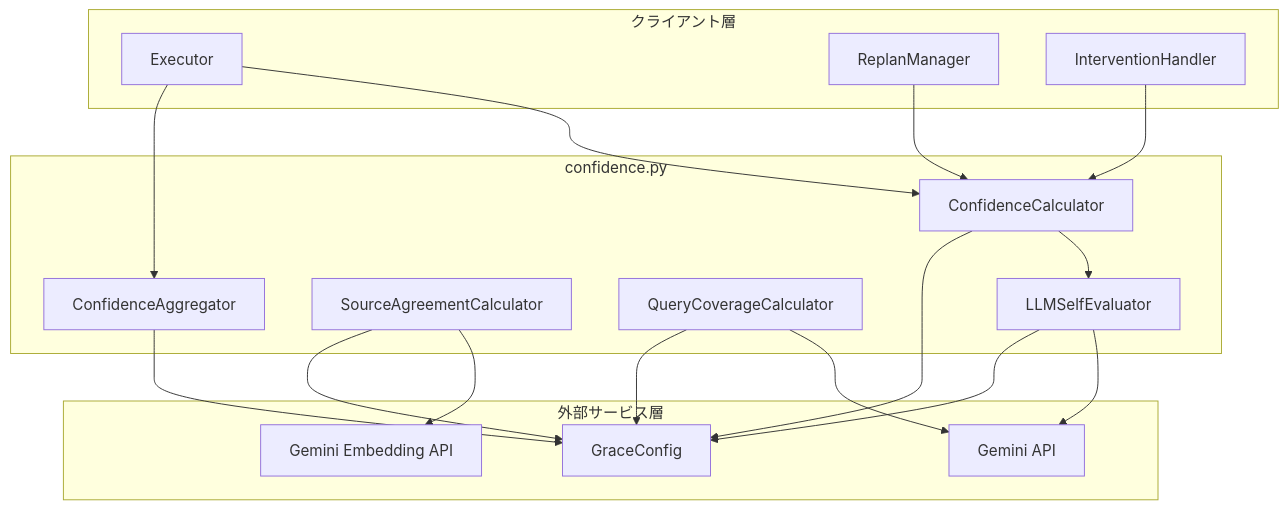
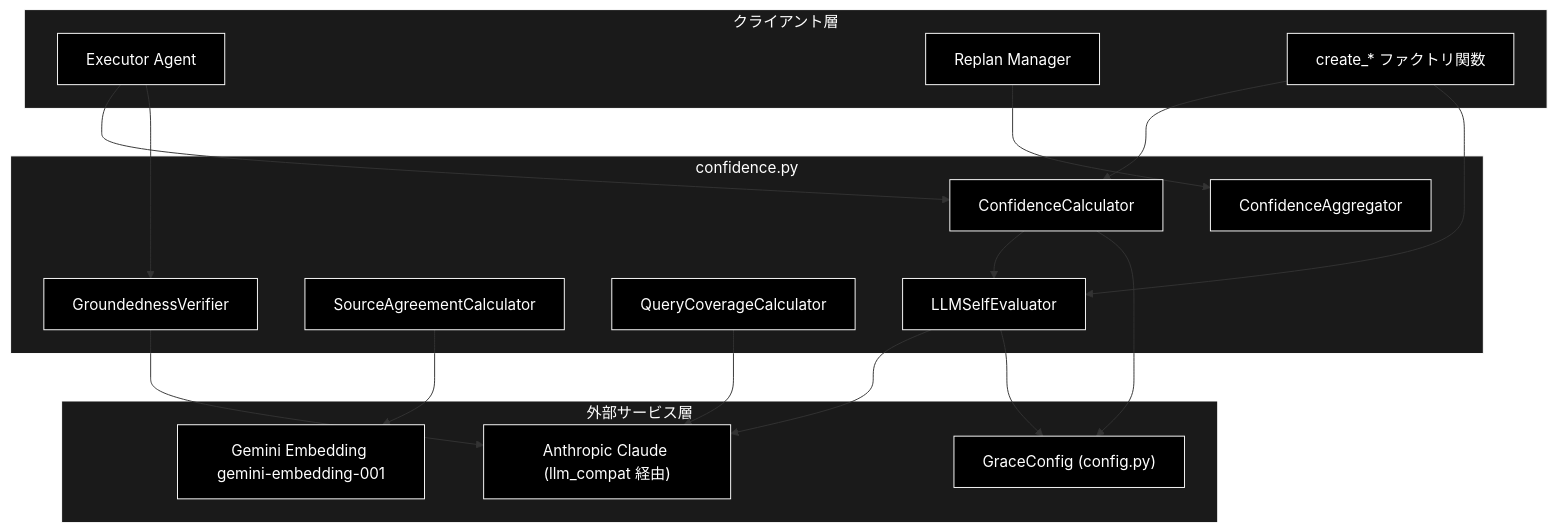
Before and after one commit to nakashima2toshio/anthropic_grace_agent_v2: the first of 3 diagrams in grace/doc/confidence.md, drawn with Mermaid. The commit also changed other lines of this file and 9 other files, not shown here.

````diff
--- a/grace/doc/confidence.md
+++ b/grace/doc/confidence.md
@@ -119,36 +89,42 @@
 ```mermaid
 flowchart TB
     subgraph CLIENT["クライアント層"]
-        EXECUTOR[Executor]
-        REPLAN[ReplanManager]
-        INTERVENTION[InterventionHandler]
+        EXECUTOR["Executor Agent"]
+        REPLAN["Replan Manager"]
+        FACTORY["create_* ファクトリ関数"]
     end
 
     subgraph MODULE["confidence.py"]
-        CALC[ConfidenceCalculator]
-        LLM_EVAL[LLMSelfEvaluator]
-        SRC_AGR[SourceAgreementCalculator]
-        QRY_COV[QueryCoverageCalculator]
-        AGG[ConfidenceAggregator]
+        CALC["ConfidenceCalculator"]
+        EVAL["LLMSelfEvaluator"]
+        SRC["SourceAgreementCalculator"]
+        COV["QueryCoverageCalculator"]
+        GND["GroundednessVerifier"]
+        AGG["ConfidenceAggregator"]
     end
 
     subgraph EXTERNAL["外部サービス層"]
-        GEMINI[Gemini API]
-        EMBED[Gemini Embedding API]
-        CONFIG[GraceConfig]
+        LLM["Anthropic Claude (llm_compat 経由)"]
+        EMB["Gemini Embedding gemini-embedding-001"]
+        CONFIG["GraceConfig (config.py)"]
     end
 
     EXECUTOR --> CALC
-    EXECUTOR --> AGG
-    REPLAN --> CALC
-    INTERVENTION --> CALC
-    CALC --> LLM_EVAL
-    LLM_EVAL --> GEMINI
-    SRC_AGR --> EMBED
-    QRY_COV --> GEMINI
+    EXECUTOR --> GND
+    REPLAN --> AGG
+    FACTORY --> CALC
+    FACTORY --> EVAL
+    CALC --> EVAL
+    EVAL --> LLM
+    COV --> LLM
+    GND --> LLM
+    SRC --> EMB
     CALC --> CONFIG
-    LLM_EVAL --> CONFIG
-    SRC_AGR --> CONFIG
-    QRY_COV --> CONFIG
-    AGG --> CONFIG
+    EVAL --> CONFIG
+classDef default fill:#000,stroke:#fff,color:#fff
+classDef subgraphStyle fill:#1a1a1a,stroke:#fff,color:#fff
+class EXECUTOR,REPLAN,FACTORY,CALC,EVAL,SRC,COV,GND,AGG,LLM,EMB,CONFIG default
+style CLIENT fill:#1a1a1a,stroke:#fff,color:#fff
+style MODULE fill:#1a1a1a,stroke:#fff,color:#fff
+style EXTERNAL fill:#1a1a1a,stroke:#fff,color:#fff
 ```
````
